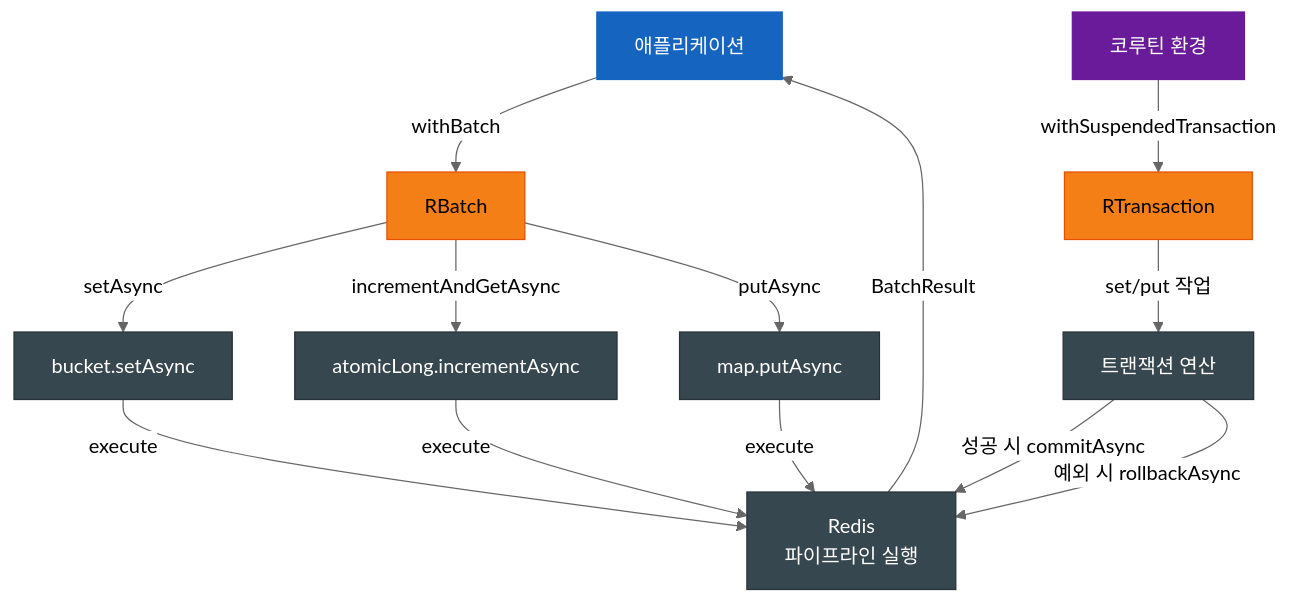
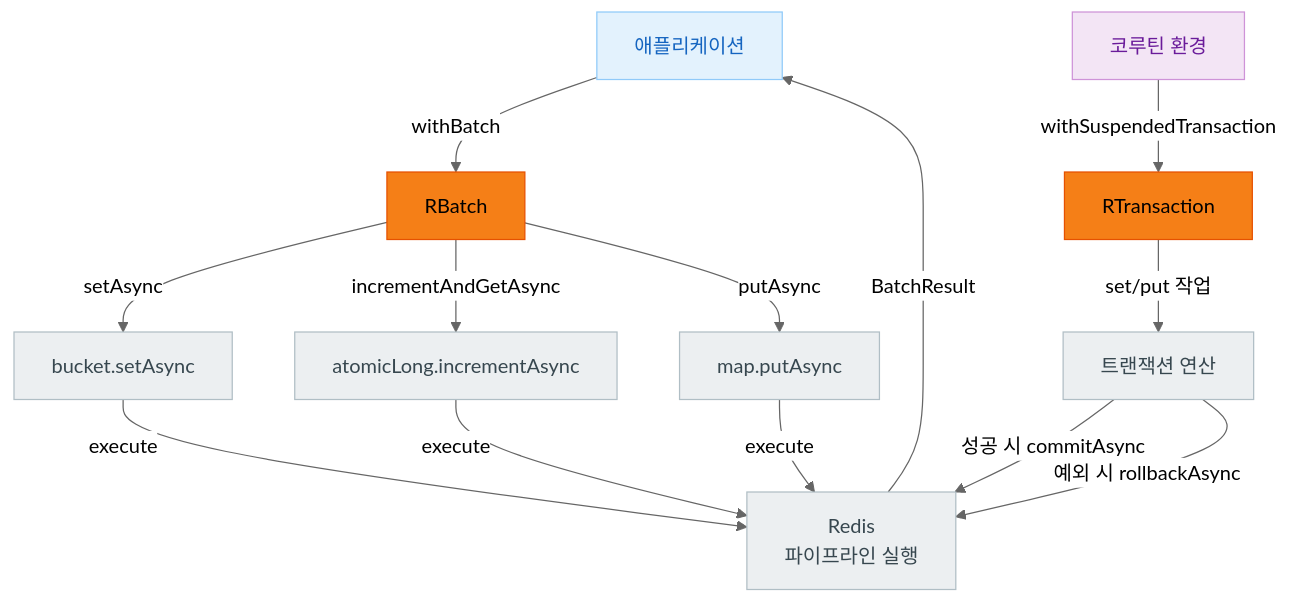
The fourth of 4 diagrams in infra/redisson/README.ko.md (bluetape4k/bluetape4k-projects), drawn with Mermaid (neutral theme) before and after one commit. The commit also changed other lines of this file and 219 other files, not shown here.

First line of the commit message:
docs: 전체 README Mermaid 다이어그램 가이드 적용

````diff
--- a/infra/redisson/README.ko.md
+++ b/infra/redisson/README.ko.md
@@ -435,32 +421,32 @@
 ```mermaid
 flowchart TD
     App[애플리케이션] -->|withBatch| Batch[RBatch]
     Batch -->|setAsync| Op1[bucket.setAsync]
     Batch -->|incrementAndGetAsync| Op2[atomicLong.incrementAsync]
     Batch -->|putAsync| Op3[map.putAsync]
     Op1 & Op2 & Op3 -->|execute| Redis[Redis<br/>파이프라인 실행]
     Redis -->|BatchResult| App
 
     App2[코루틴 환경] -->|withSuspendedTransaction| Tx[RTransaction]
     Tx -->|set/put 작업| TxOps[트랜잭션 연산]
     TxOps -->|성공 시 commitAsync| Redis
     TxOps -->|예외 시 rollbackAsync| Redis
 
-    classDef coreStyle fill:#1B5E20,stroke:#1B5E20,color:#FFFFFF,font-weight:bold
-    classDef serviceStyle fill:#1565C0,stroke:#1565C0,color:#FFFFFF
-    classDef utilStyle fill:#E65100,stroke:#E65100,color:#FFFFFF
-    classDef asyncStyle fill:#6A1B9A,stroke:#6A1B9A,color:#FFFFFF
-    classDef extStyle fill:#37474F,stroke:#37474F,color:#FFFFFF
+    classDef coreStyle fill:#E8F5E9,stroke:#A5D6A7,color:#2E7D32,font-weight:bold
+    classDef serviceStyle fill:#E3F2FD,stroke:#90CAF9,color:#1565C0
+    classDef utilStyle fill:#FFF3E0,stroke:#FFCC80,color:#E65100
+    classDef asyncStyle fill:#F3E5F5,stroke:#CE93D8,color:#6A1B9A
+    classDef extStyle fill:#ECEFF1,stroke:#B0BEC5,color:#37474F
     classDef dataStyle fill:#F57F17,stroke:#F57F17,color:#000000
-    classDef cacheStyle fill:#2E7D32,stroke:#1B5E20,color:#FFFFFF
+    classDef cacheStyle fill:#E8F5E9,stroke:#A5D6A7,color:#2E7D32
 
-    style App fill:#1565C0,stroke:#1565C0,color:#FFFFFF
-    style App2 fill:#6A1B9A,stroke:#6A1B9A,color:#FFFFFF
-    style Redis fill:#37474F,stroke:#263238,color:#FFFFFF
+    style App fill:#E3F2FD,stroke:#90CAF9,color:#1565C0
+    style App2 fill:#F3E5F5,stroke:#CE93D8,color:#6A1B9A
+    style Redis fill:#ECEFF1,stroke:#B0BEC5,color:#37474F
     style Batch fill:#F57F17,stroke:#E65100,color:#000000
     style Tx fill:#F57F17,stroke:#E65100,color:#000000
-    style Op1 fill:#37474F,stroke:#263238,color:#FFFFFF
-    style Op2 fill:#37474F,stroke:#263238,color:#FFFFFF
-    style Op3 fill:#37474F,stroke:#263238,color:#FFFFFF
-    style TxOps fill:#37474F,stroke:#263238,color:#FFFFFF
+    style Op1 fill:#ECEFF1,stroke:#B0BEC5,color:#37474F
+    style Op2 fill:#ECEFF1,stroke:#B0BEC5,color:#37474F
+    style Op3 fill:#ECEFF1,stroke:#B0BEC5,color:#37474F
+    style TxOps fill:#ECEFF1,stroke:#B0BEC5,color:#37474F
 ```
````
